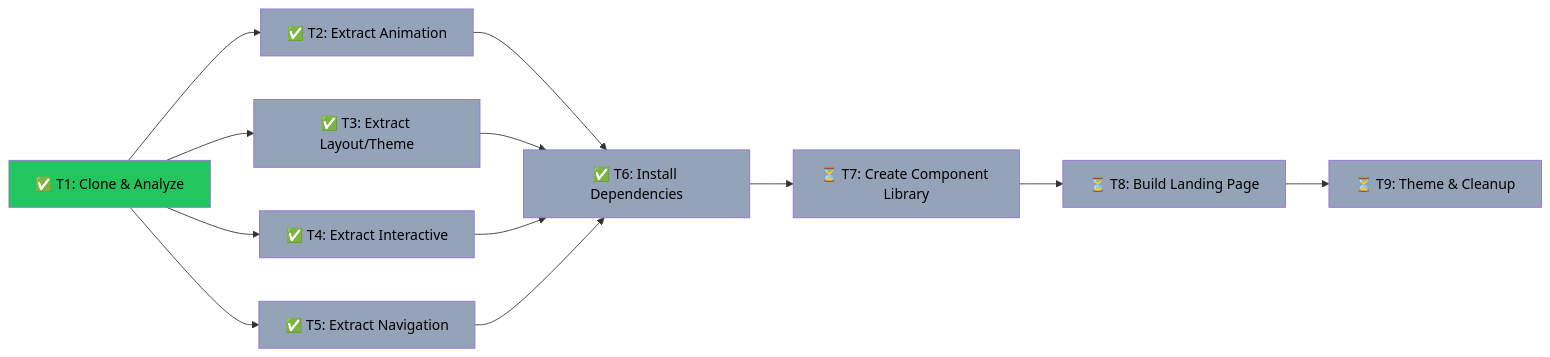
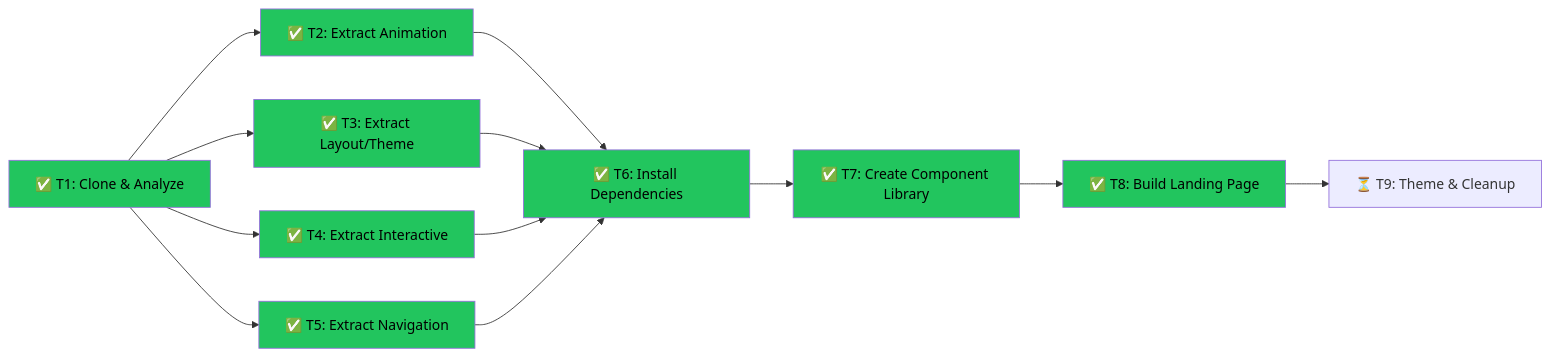
One commit to blueif16/astro-blog changed the diagram in .tasks/main.md. Above: the diagram before and after it, drawn with Mermaid. The commit also changed other lines of this file and 12 other files, not shown here.

````diff
--- a/.tasks/main.md
+++ b/.tasks/main.md
@@ -6,28 +6,22 @@
 ```mermaid
 graph LR
     T1["✅ T1: Clone & Analyze"] --> T2["✅ T2: Extract Animation"]
     T1 --> T3["✅ T3: Extract Layout/Theme"]
     T1 --> T4["✅ T4: Extract Interactive"]
     T1 --> T5["✅ T5: Extract Navigation"]
     T2 --> T6["✅ T6: Install Dependencies"]
     T3 --> T6
     T4 --> T6
     T5 --> T6
-    T6 --> T7["⏳ T7: Create Component Library"]
-    T7 --> T8["⏳ T8: Build Landing Page"]
+    T6 --> T7["✅ T7: Create Component Library"]
+    T7 --> T8["✅ T8: Build Landing Page"]
     T8 --> T9["⏳ T9: Theme & Cleanup"]
     style T1 fill:#22c55e,color:#000
     style T2 fill:#22c55e,color:#000
     style T3 fill:#22c55e,color:#000
     style T4 fill:#22c55e,color:#000
     style T5 fill:#22c55e,color:#000
     style T6 fill:#22c55e,color:#000
-    style T2 fill:#94a3b8,color:#000
-    style T3 fill:#94a3b8,color:#000
-    style T4 fill:#94a3b8,color:#000
-    style T5 fill:#94a3b8,color:#000
-    style T6 fill:#94a3b8,color:#000
-    style T7 fill:#94a3b8,color:#000
-    style T8 fill:#94a3b8,color:#000
-    style T9 fill:#94a3b8,color:#000
+    style T7 fill:#22c55e,color:#000
+    style T8 fill:#22c55e,color:#000
 ```
````
